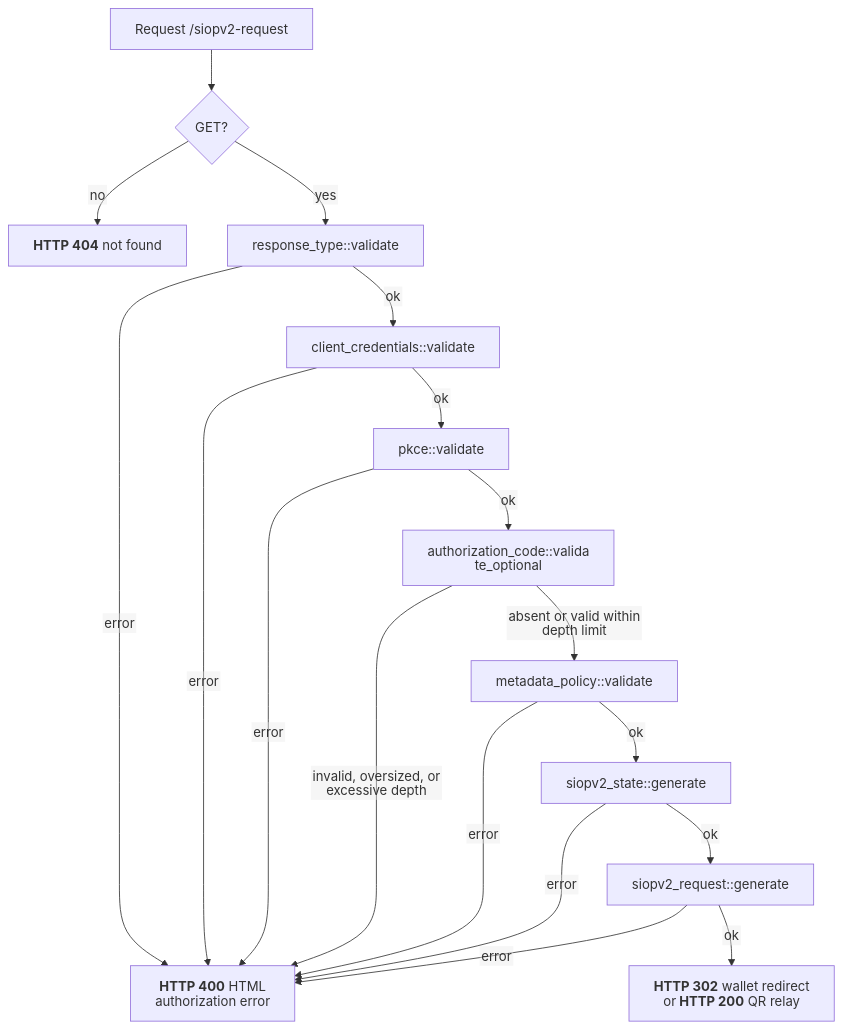
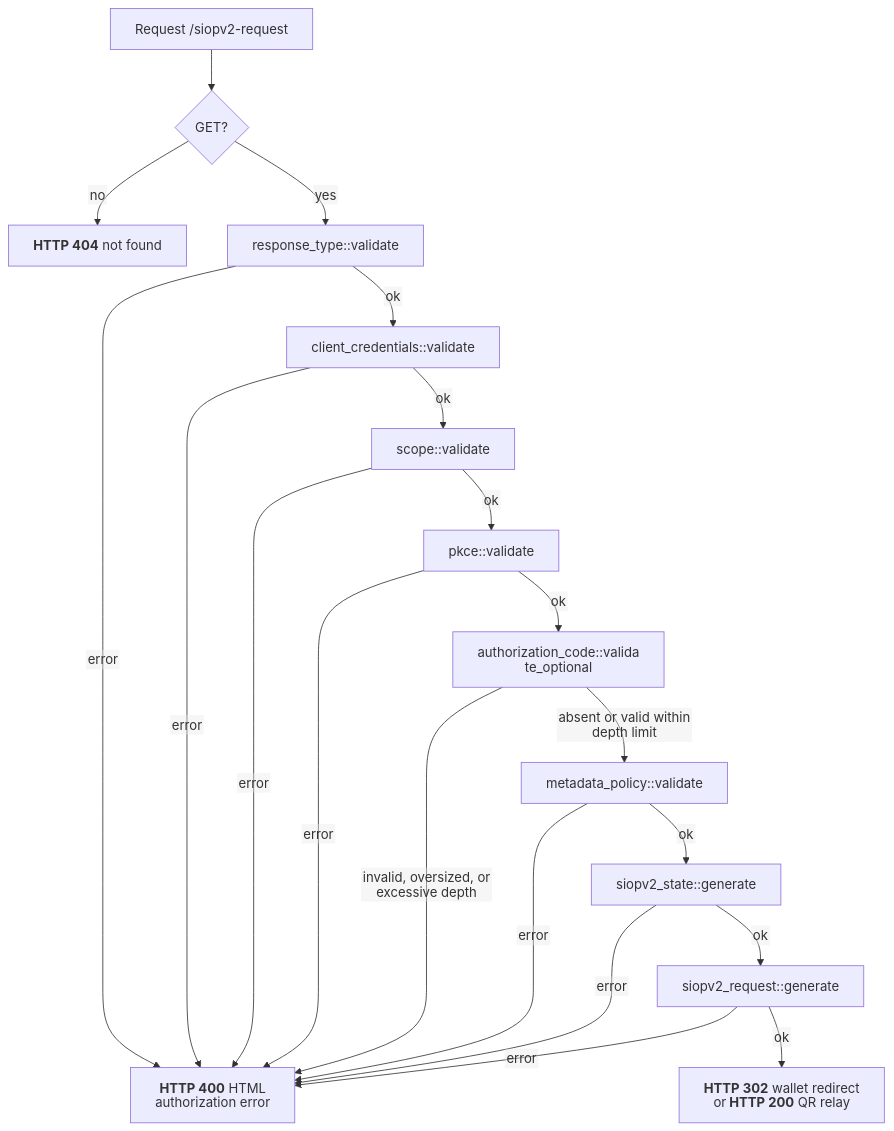
The diagram in docs/flows/siopv2/authorization_request_endpoint.mmd (malach-it/kagome), drawn with Mermaid before and after one commit. The commit also changed 49 other files, not shown here.

Commit message:
feat: validate client authorized scopes

```diff
--- a/docs/flows/siopv2/authorization_request_endpoint.mmd
+++ b/docs/flows/siopv2/authorization_request_endpoint.mmd
@@ -1,19 +1,21 @@
 %%{init: {"htmlLabels": false, "flowchart": {"htmlLabels": false}}}%%
 flowchart TD
     start[Request /siopv2-request] --> method{GET?}
     method -- no --> not_found["`**HTTP 404** not found`"]
     method -- yes --> response_type["response_type::validate"]
     response_type -- error --> request_error["`**HTTP 400** HTML authorization error`"]
     response_type -- ok --> client["client_credentials::validate"]
     client -- error --> request_error
-    client -- ok --> pkce["pkce::validate"]
+    client -- ok --> scope["scope::validate"]
+    scope -- error --> request_error
+    scope -- ok --> pkce["pkce::validate"]
     pkce -- error --> request_error
     pkce -- ok --> code["authorization_code::validate_optional"]
     code -- invalid, oversized, or excessive depth --> request_error
     code -- absent or valid within depth limit --> policy["metadata_policy::validate"]
     policy -- error --> request_error
     policy -- ok --> state["siopv2_state::generate"]
     state -- error --> request_error
     state -- ok --> request_object["siopv2_request::generate"]
     request_object -- error --> request_error
     request_object -- ok --> success["`**HTTP 302** wallet redirect or **HTTP 200** QR relay`"]
```
